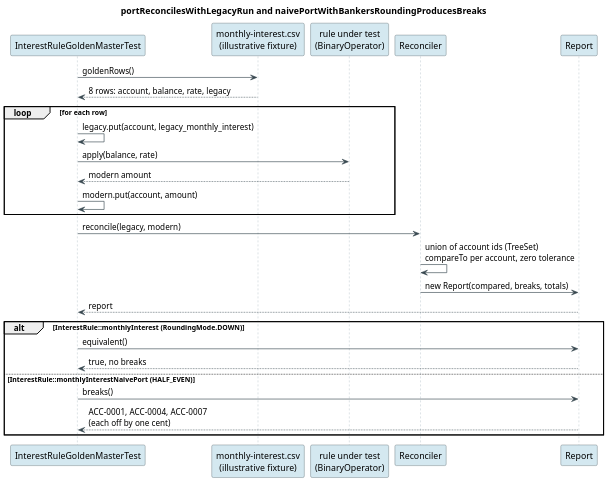
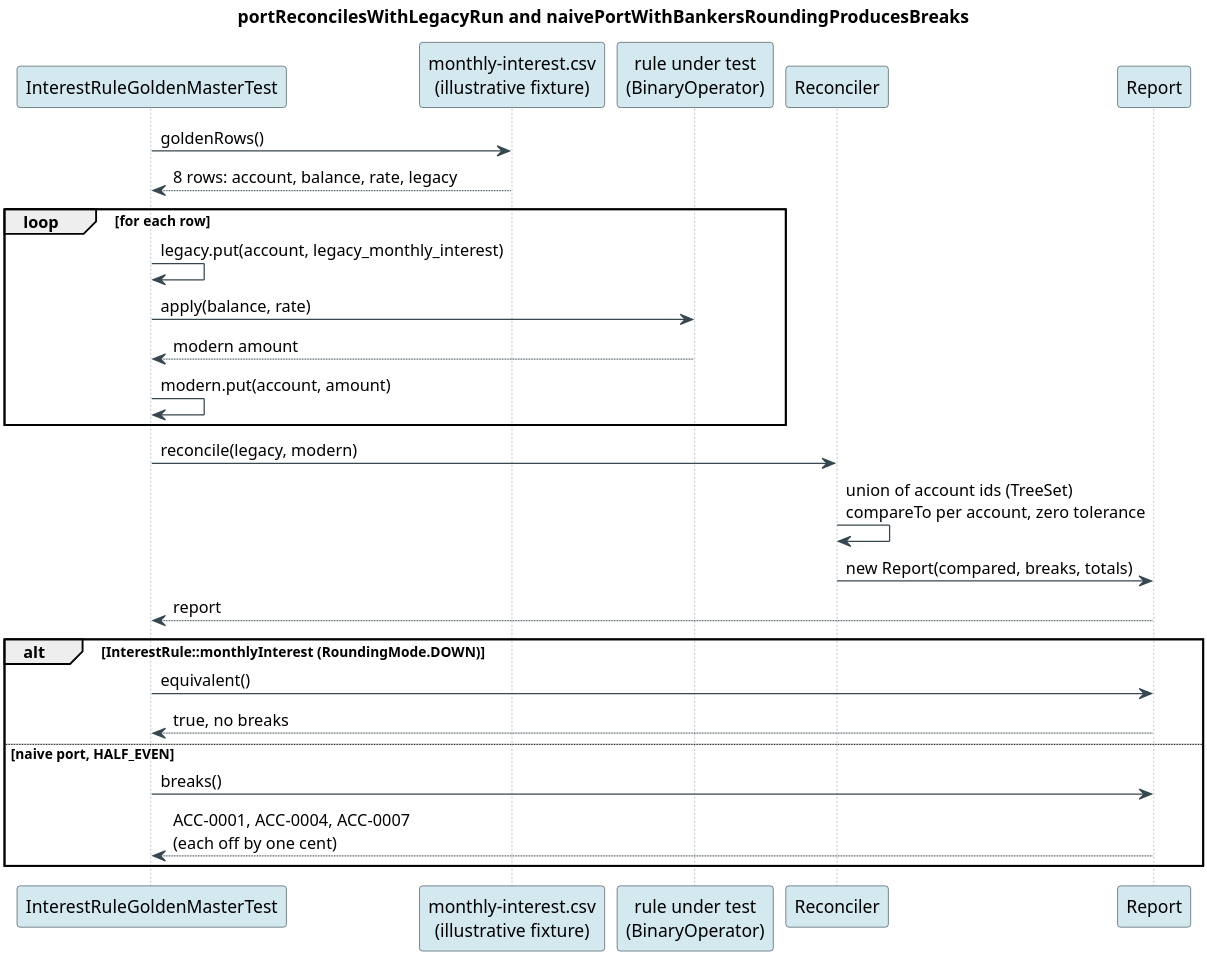
One commit to wallaceespindola/banking-modernization-with-ai changed the diagram in docs/articles/javapro/diagrams/golden-master-flow.puml. Above: the diagram before and after it, drawn with PlantUML. The commit also changed 34 other files, not shown here.

First line of the commit message:
Apply series review fixes across articles, diagrams and deck

```diff
--- a/docs/articles/javapro/diagrams/golden-master-flow.puml
+++ b/docs/articles/javapro/diagrams/golden-master-flow.puml
@@ -1,39 +1,39 @@
 @startuml golden-master-flow
 skinparam backgroundColor #ffffff
-skinparam dpi 150
+skinparam dpi 300
 skinparam defaultFontName Helvetica
 skinparam shadowing false
 skinparam sequence {
   ArrowColor #37474f
   LifeLineBorderColor #90a4ae
   ParticipantBorderColor #37474f
   ParticipantBackgroundColor #d4e8f0
 }
 title portReconcilesWithLegacyRun and naivePortWithBankersRoundingProducesBreaks
 
 participant "InterestRuleGoldenMasterTest" as T
 participant "monthly-interest.csv\n(illustrative fixture)" as CSV
 participant "rule under test\n(BinaryOperator)" as R
 participant "Reconciler" as REC
 participant "Report" as REP
 
 T -> CSV : goldenRows()
 CSV --> T : 8 rows: account, balance, rate, legacy
 loop for each row
   T -> T : legacy.put(account, legacy_monthly_interest)
   T -> R : apply(balance, rate)
   R --> T : modern amount
   T -> T : modern.put(account, amount)
 end
 T -> REC : reconcile(legacy, modern)
 REC -> REC : union of account ids (TreeSet)\ncompareTo per account, zero tolerance
 REC -> REP : new Report(compared, breaks, totals)
 REP --> T : report
 alt InterestRule::monthlyInterest (RoundingMode.DOWN)
   T -> REP : equivalent()
   REP --> T : true, no breaks
-else InterestRule::monthlyInterestNaivePort (HALF_EVEN)
+else naive port, HALF_EVEN
   T -> REP : breaks()
   REP --> T : ACC-0001, ACC-0004, ACC-0007\n(each off by one cent)
 end
 @enduml
```
